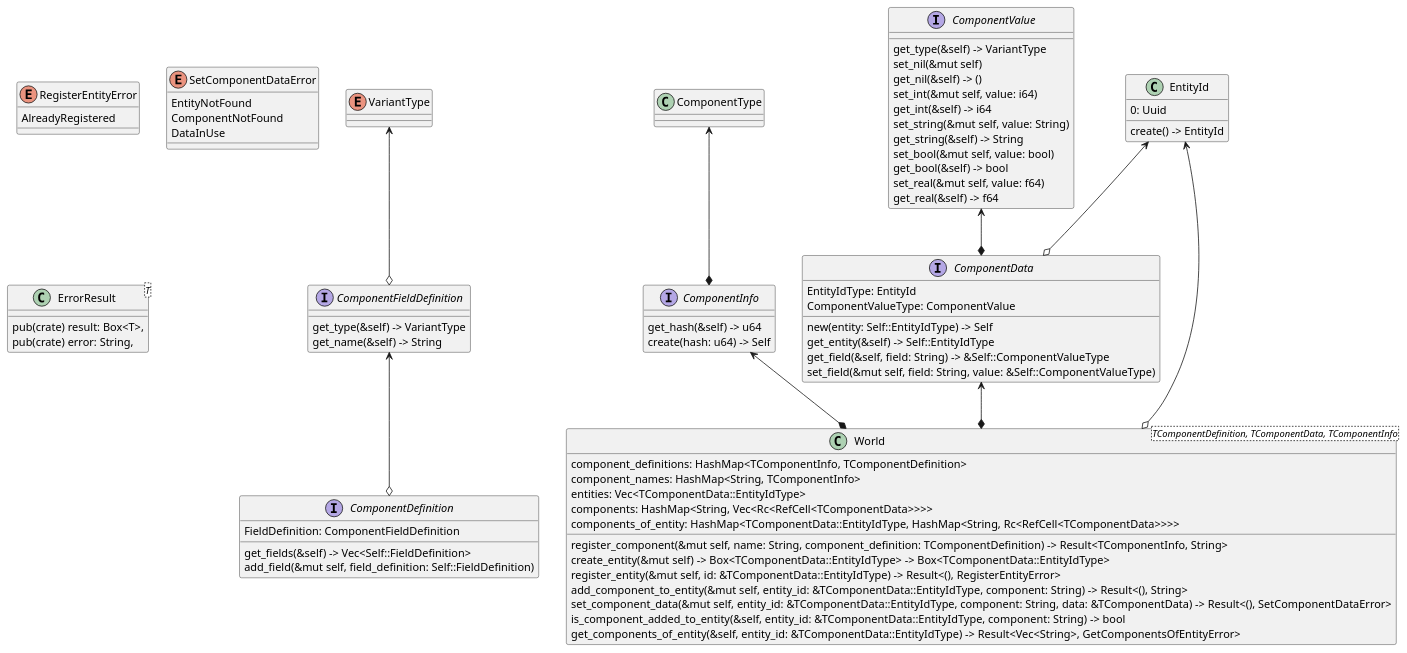
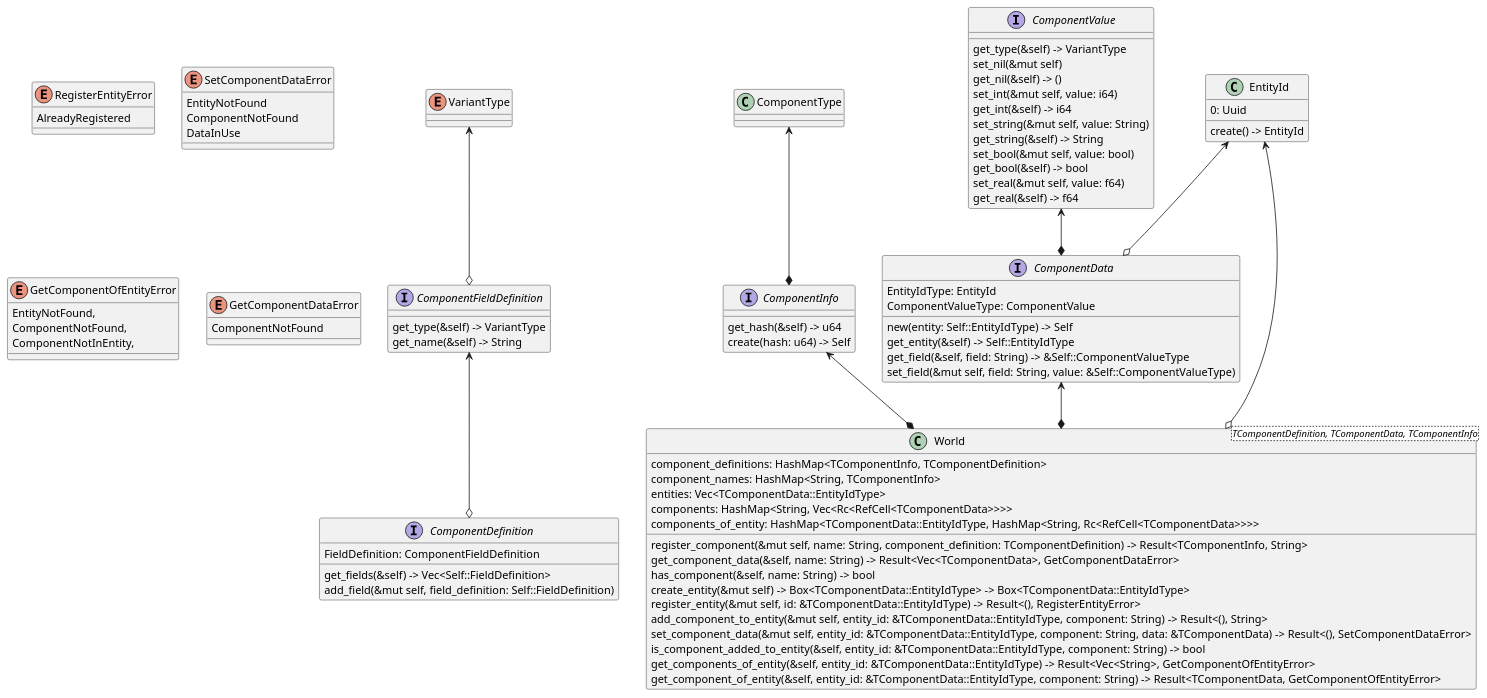
Before and after one commit to Beliar83/godot-component-system: the diagram in model/ClassDiagram.puml, drawn with PlantUML. The commit also changed 7 other files, not shown here.

Commit message:
Some small changes to ECSWorld - Added some methods to easily get component data - Split errors from ecs world into separate file

```diff
--- a/model/ClassDiagram.puml
+++ b/model/ClassDiagram.puml
@@ -1,92 +1,100 @@
 @startuml
 'https://plantuml.com/class-diagram
 
 VariantType <--o ComponentFieldDefinition
 ComponentType <--* ComponentInfo
 ComponentInfo <--* World
 ComponentValue <--* ComponentData
 ComponentData <--* World
 EntityId <--o ComponentData
 EntityId <--o World
 ComponentFieldDefinition <--o ComponentDefinition
 
 enum VariantType
 
 interface ComponentFieldDefinition {
     get_type(&self) -> VariantType
     get_name(&self) -> String
 }
 
 interface ComponentDefinition {
     FieldDefinition: ComponentFieldDefinition
     get_fields(&self) -> Vec<Self::FieldDefinition>
     add_field(&mut self, field_definition: Self::FieldDefinition)
 }
 
 interface ComponentInfo {
     get_hash(&self) -> u64
     create(hash: u64) -> Self
 }
 
 interface ComponentData {
     EntityIdType: EntityId
     ComponentValueType: ComponentValue
 
     new(entity: Self::EntityIdType) -> Self
     get_entity(&self) -> Self::EntityIdType
     get_field(&self, field: String) -> &Self::ComponentValueType
     set_field(&mut self, field: String, value: &Self::ComponentValueType)
 }
 
 interface ComponentValue {
     get_type(&self) -> VariantType
     set_nil(&mut self)
     get_nil(&self) -> ()
     set_int(&mut self, value: i64)
     get_int(&self) -> i64
     set_string(&mut self, value: String)
     get_string(&self) -> String
     set_bool(&mut self, value: bool)
     get_bool(&self) -> bool
     set_real(&mut self, value: f64)
     get_real(&self) -> f64
 }
 
 class EntityId {
     0: Uuid
 
     create() -> EntityId
 }
 
 enum RegisterEntityError {
     AlreadyRegistered
 }
 
 enum SetComponentDataError {
     EntityNotFound
     ComponentNotFound
     DataInUse
 }
 
-class ErrorResult<T> {
-	pub(crate) result: Box<T>,
-	pub(crate) error: String,
+enum GetComponentOfEntityError {
+    EntityNotFound,
+    ComponentNotFound,
+    ComponentNotInEntity,
+}
+
+enum GetComponentDataError {
+    ComponentNotFound
 }
 
 class World<TComponentDefinition, TComponentData, TComponentInfo> {
     component_definitions: HashMap<TComponentInfo, TComponentDefinition>
     component_names: HashMap<String, TComponentInfo>
     entities: Vec<TComponentData::EntityIdType>
     components: HashMap<String, Vec<Rc<RefCell<TComponentData>>>>
     components_of_entity: HashMap<TComponentData::EntityIdType, HashMap<String, Rc<RefCell<TComponentData>>>>
 
     register_component(&mut self, name: String, component_definition: TComponentDefinition) -> Result<TComponentInfo, String>
+    get_component_data(&self, name: String) -> Result<Vec<TComponentData>, GetComponentDataError>
+    has_component(&self, name: String) -> bool
     create_entity(&mut self) -> Box<TComponentData::EntityIdType> -> Box<TComponentData::EntityIdType>
     register_entity(&mut self, id: &TComponentData::EntityIdType) -> Result<(), RegisterEntityError>
     add_component_to_entity(&mut self, entity_id: &TComponentData::EntityIdType, component: String) -> Result<(), String>
     set_component_data(&mut self, entity_id: &TComponentData::EntityIdType, component: String, data: &TComponentData) -> Result<(), SetComponentDataError>
     is_component_added_to_entity(&self, entity_id: &TComponentData::EntityIdType, component: String) -> bool
-    get_components_of_entity(&self, entity_id: &TComponentData::EntityIdType) -> Result<Vec<String>, GetComponentsOfEntityError>
+    get_components_of_entity(&self, entity_id: &TComponentData::EntityIdType) -> Result<Vec<String>, GetComponentOfEntityError>
+    get_component_of_entity(&self, entity_id: &TComponentData::EntityIdType, component: String) -> Result<TComponentData, GetComponentOfEntityError>
 }
 
 @enduml
```
